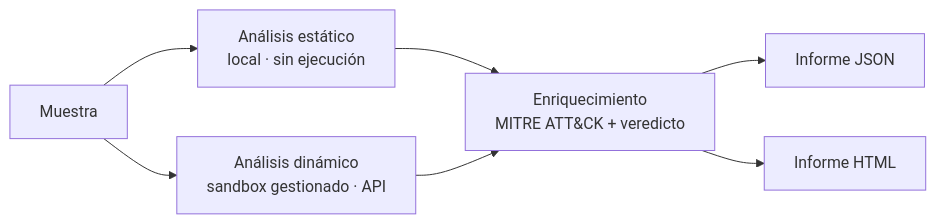
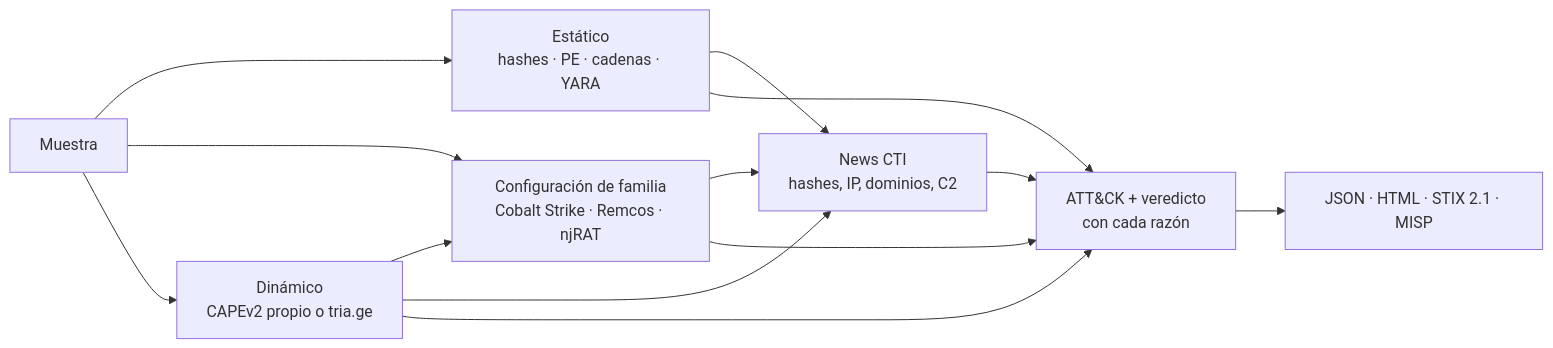
One commit to BlueShield-Ch4rl13/Malpipe changed the diagram in README.md. Above: the diagram before and after it, drawn with Mermaid. The commit also changed other lines of this file, not shown here.

````diff
--- a/README.md
+++ b/README.md
@@ -19,9 +20,12 @@
 ```mermaid
 flowchart LR
-    A[Muestra] --> B[Análisis estático<br/>local · sin ejecución]
-    A --> C[Análisis dinámico<br/>sandbox gestionado · API]
-    B --> D[Enriquecimiento<br/>MITRE ATT&CK + veredicto]
-    C --> D
-    D --> E[Informe JSON]
-    D --> F[Informe HTML]
+    A[Muestra] --> B[Estático<br/>hashes · PE · cadenas · YARA]
+    A --> C[Configuración de familia<br/>Cobalt Strike · Remcos · njRAT]
+    A --> D[Dinámico<br/>CAPEv2 propio o tria.ge]
+    D --> C
+    B --> E[News CTI<br/>hashes, IP, dominios, C2]
+    C --> E
+    D --> E
+    B & C & D & E --> F[ATT&CK + veredicto<br/>con cada razón]
+    F --> G[JSON · HTML · STIX 2.1 · MISP]
 ```
````
